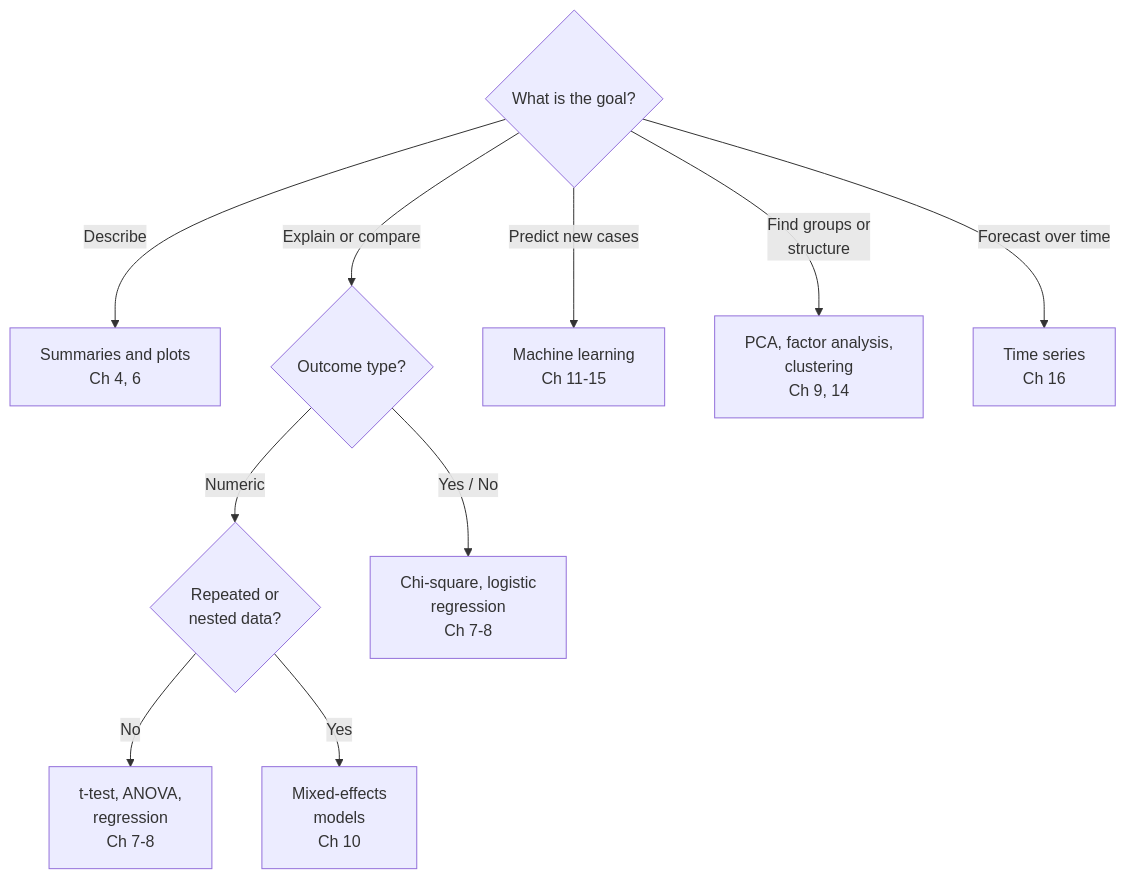
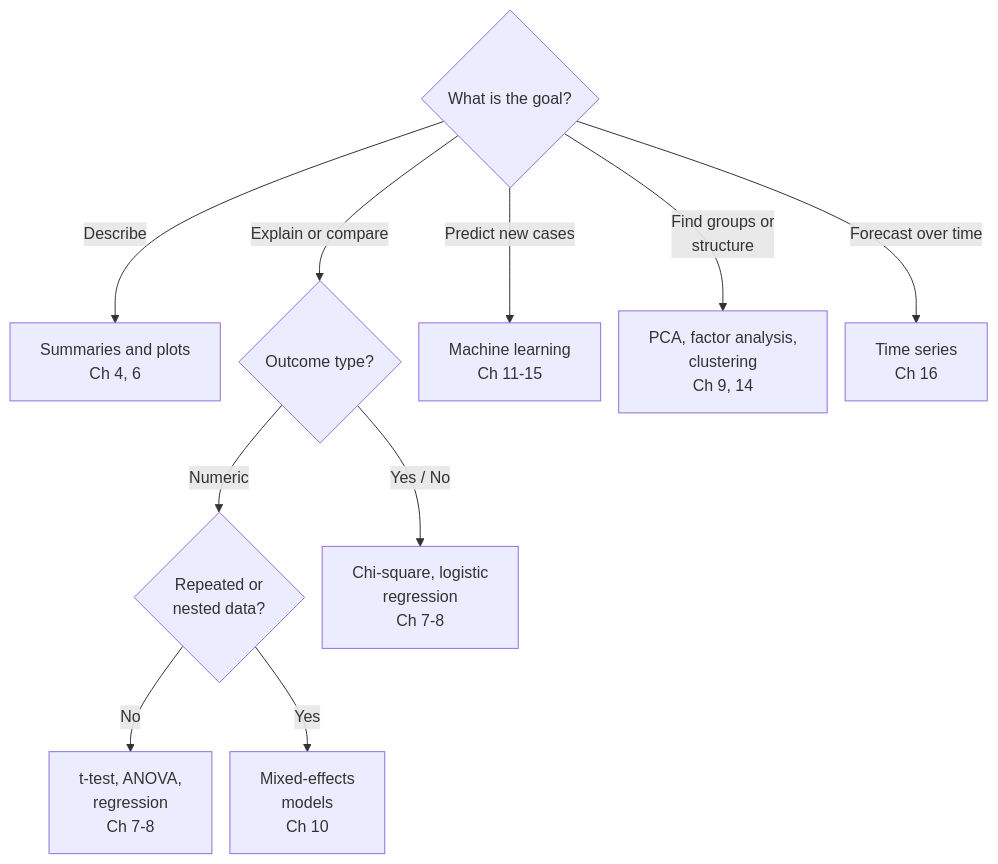
One commit to polla-fattah/data2thesis_r changed the second of 2 diagrams in content/book/19-putting-it-together.qmd. Above: the diagram before and after it, drawn with Mermaid. The commit also changed other lines of this file and 244 other files, not shown here.

````diff
--- a/content/book/19-putting-it-together.qmd
+++ b/content/book/19-putting-it-together.qmd
@@ -334,14 +340,15 @@
 ```{mermaid}
 %%| label: fig-choose
 %%| fig-cap: "A guide to choosing a method, with the chapters that cover each."
+%%{init: {"flowchart": {"nodeSpacing": 18, "rankSpacing": 45}}}%%
 flowchart TD
   Q{What is the goal?} -->|Describe| D[Summaries and plots<br/>Ch 4, 6]
   Q -->|Explain or compare| O{Outcome type?}
   Q -->|Predict new cases| P[Machine learning<br/>Ch 11-15]
   Q -->|Find groups or<br/>structure| U[PCA, factor analysis,<br/>clustering<br/>Ch 9, 14]
   Q -->|Forecast over time| T[Time series<br/>Ch 16]
   O -->|Numeric| N{Repeated or<br/>nested data?}
   O -->|Yes / No| L[Chi-square, logistic<br/>regression<br/>Ch 7-8]
   N -->|No| R[t-test, ANOVA,<br/>regression<br/>Ch 7-8]
   N -->|Yes| M[Mixed-effects<br/>models<br/>Ch 10]
 ```
````
